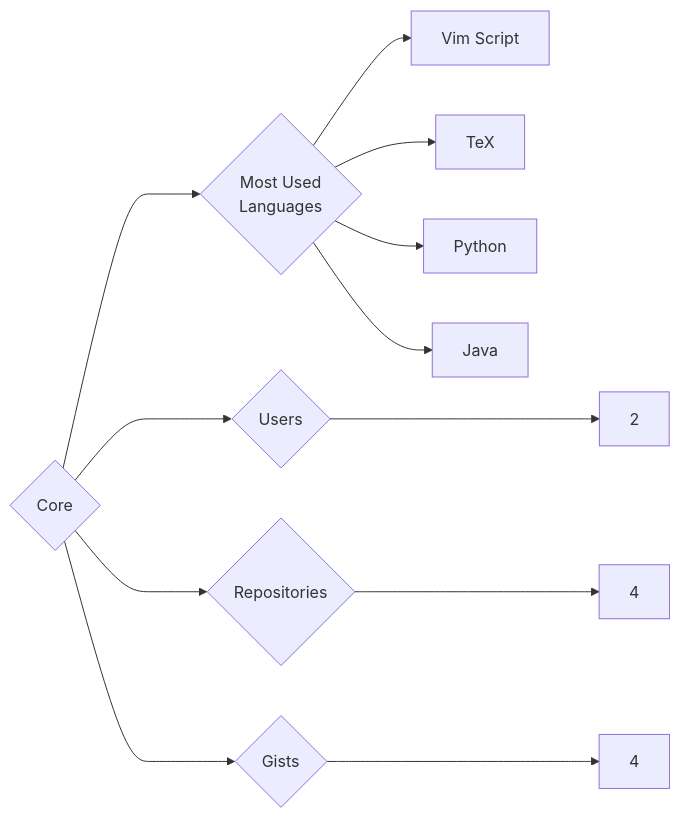
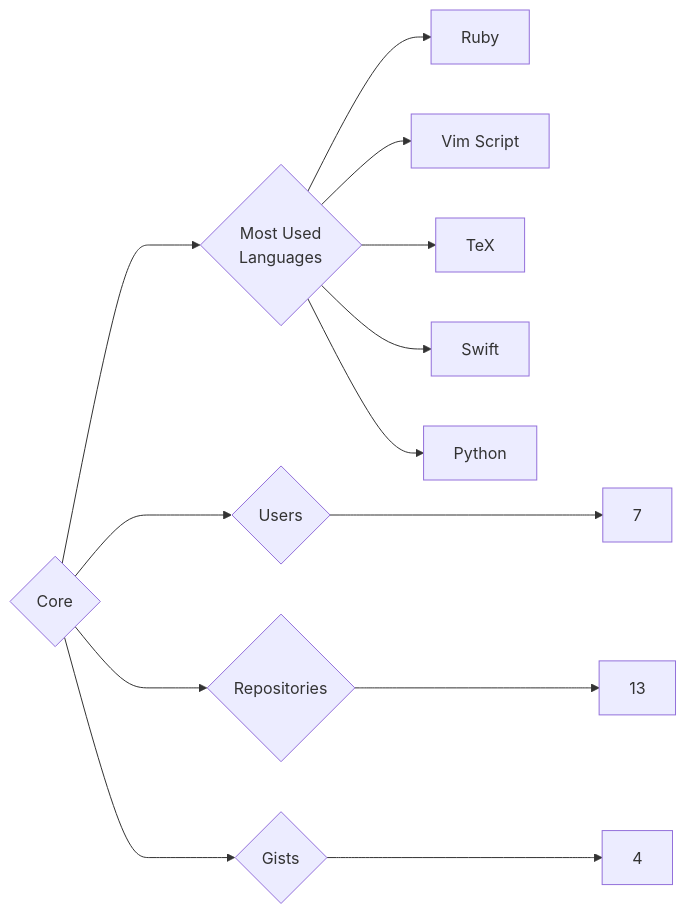
Before and after one commit to trickest/insiders: the diagram in targets/Core/README.md, drawn with Mermaid. The commit also changed 1167 other files, not shown here.

````diff
--- a/targets/Core/README.md
+++ b/targets/Core/README.md
@@ -3,12 +3,13 @@
 ```mermaid
 graph LR
 COMPANY_NAME{Core}
-COMPANY_NAME ---> U{Users} ---> UN[2]
-COMPANY_NAME ---> R{Repositories} ---> RN[4]
+COMPANY_NAME ---> U{Users} ---> UN[7]
+COMPANY_NAME ---> R{Repositories} ---> RN[13]
 COMPANY_NAME ---> G{Gists} ---> GN[4]
 COMPANY_NAME ---> ML{Most Used<br>Languages}
+ML --> Ruby[Ruby]
 ML --> Vim_Script[Vim Script]
 ML --> TeX[TeX]
+ML --> Swift[Swift]
 ML --> Python[Python]
-ML --> Java[Java]
 ```
````
